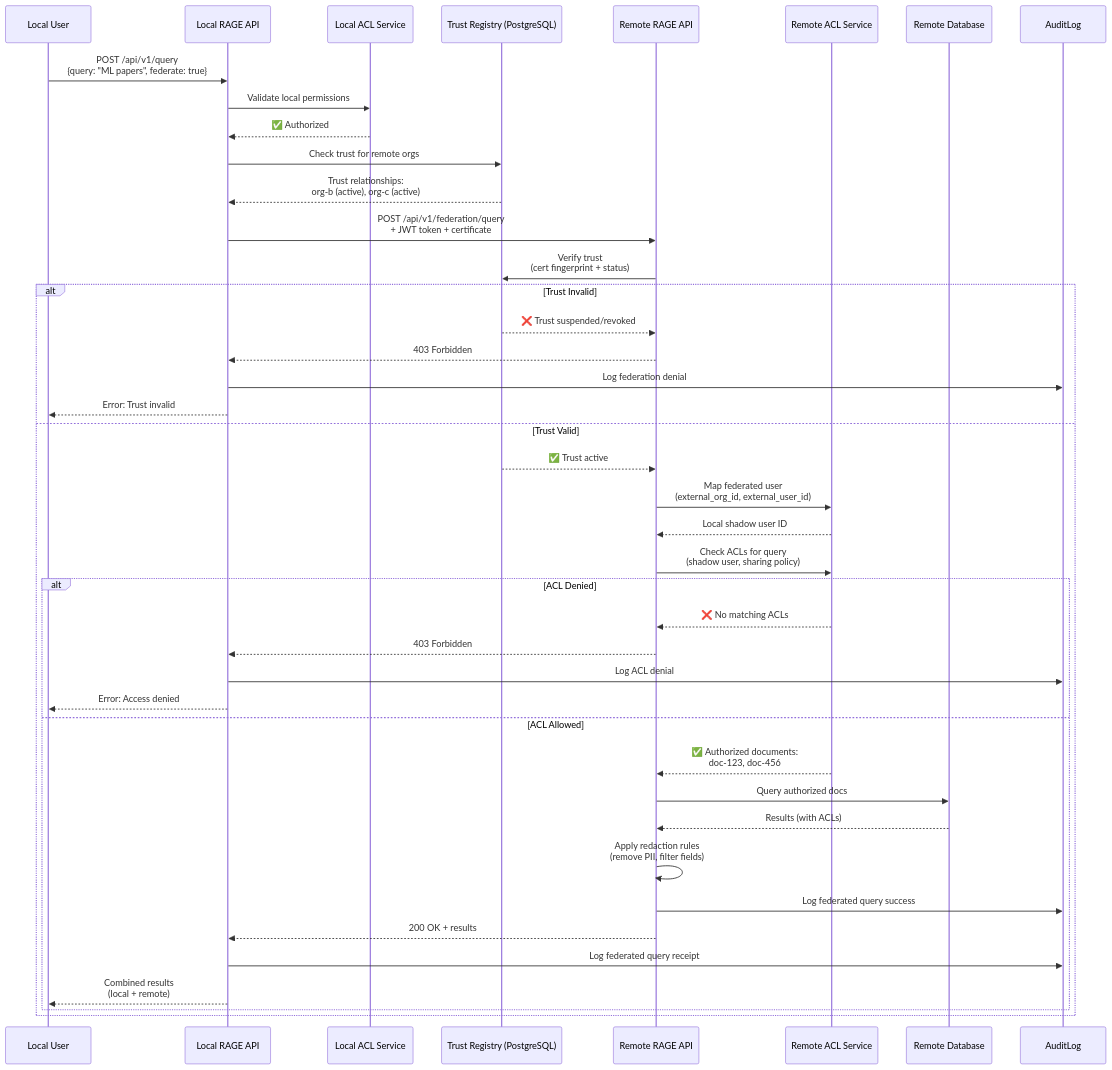
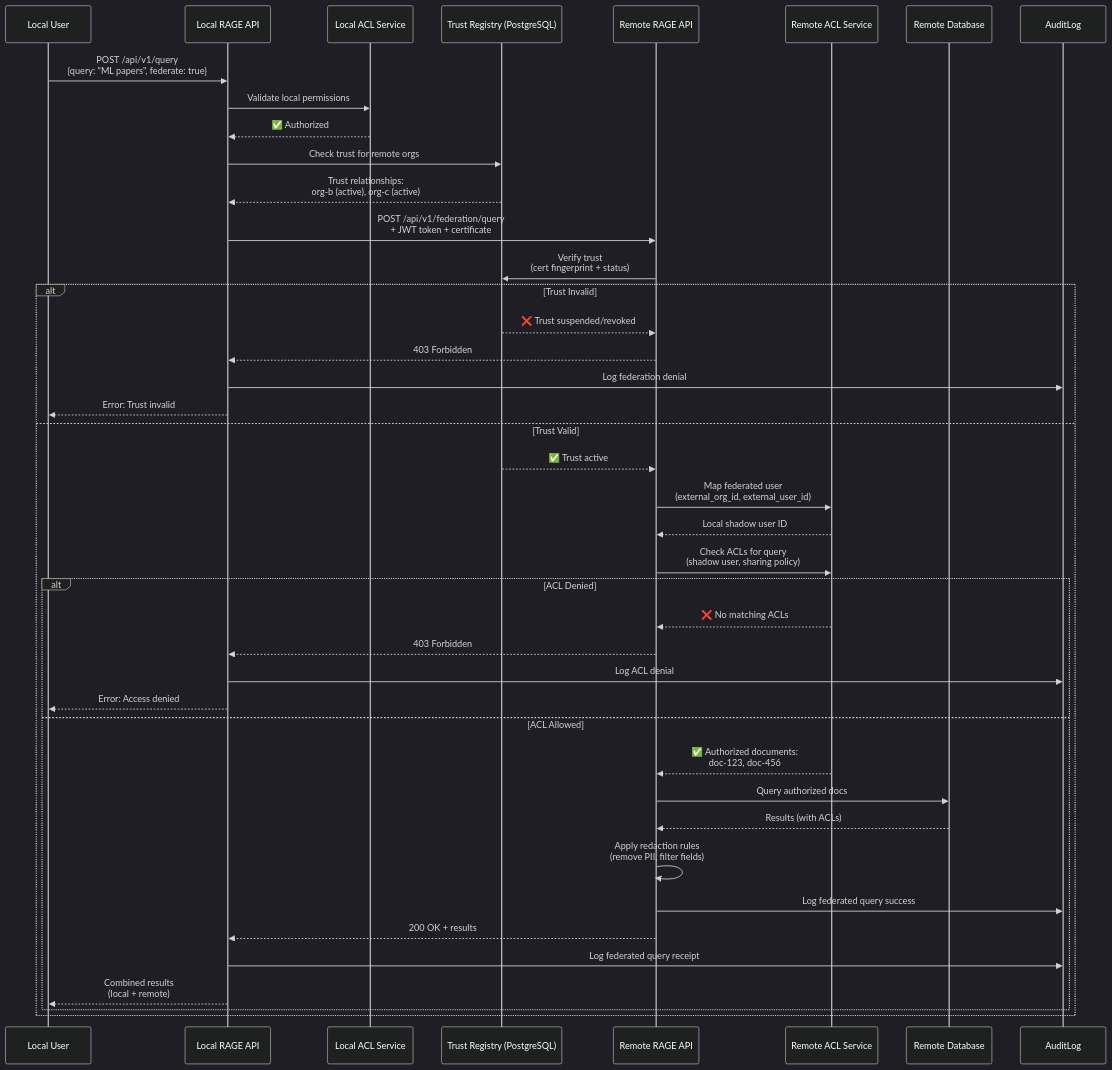
One commit to veics/rage_pitch changed the eighth of 11 diagrams in docs/SECURITY_ACL.md. Above: the diagram before and after it, drawn with Mermaid. The commit also changed other lines of this file and 8 other files, not shown here.

````diff
--- a/docs/SECURITY_ACL.md
+++ b/docs/SECURITY_ACL.md
@@ -1182,56 +1182,57 @@
 ```mermaid
+%%{init: {'theme':'dark', 'flowchart': {'nodeSpacing': 30, 'rankSpacing': 40, 'curve': 'basis'}, 'themeVariables': {'actorTextColor':'#fff', 'noteBkgColor':'#1a237e', 'noteTextColor':'#fff'}}}%%
 sequenceDiagram
     participant LocalUser as Local User
     participant LocalAPI as Local RAGE API
     participant LocalACL as Local ACL Service
     participant TrustRegistry as Trust Registry (PostgreSQL)
     participant RemoteAPI as Remote RAGE API
     participant RemoteACL as Remote ACL Service
     participant RemoteDB as Remote Database
 
     LocalUser->>LocalAPI: POST /api/v1/query<br/>{query: "ML papers", federate: true}
     
     LocalAPI->>LocalACL: Validate local permissions
     LocalACL-->>LocalAPI: ✅ Authorized
     
     LocalAPI->>TrustRegistry: Check trust for remote orgs
     TrustRegistry-->>LocalAPI: Trust relationships:<br/>org-b (active), org-c (active)
     
     LocalAPI->>RemoteAPI: POST /api/v1/federation/query<br/>+ JWT token + certificate
     
     RemoteAPI->>TrustRegistry: Verify trust<br/>(cert fingerprint + status)
     
     alt Trust Invalid
         TrustRegistry-->>RemoteAPI: ❌ Trust suspended/revoked
         RemoteAPI-->>LocalAPI: 403 Forbidden
         LocalAPI->>AuditLog: Log federation denial
         LocalAPI-->>LocalUser: Error: Trust invalid
     else Trust Valid
         TrustRegistry-->>RemoteAPI: ✅ Trust active
         
         RemoteAPI->>RemoteACL: Map federated user<br/>(external_org_id, external_user_id)
         RemoteACL-->>RemoteAPI: Local shadow user ID
         
         RemoteAPI->>RemoteACL: Check ACLs for query<br/>(shadow user, sharing policy)
         
         alt ACL Denied
             RemoteACL-->>RemoteAPI: ❌ No matching ACLs
             RemoteAPI-->>LocalAPI: 403 Forbidden
             LocalAPI->>AuditLog: Log ACL denial
             LocalAPI-->>LocalUser: Error: Access denied
         else ACL Allowed
             RemoteACL-->>RemoteAPI: ✅ Authorized documents:<br/>doc-123, doc-456
             
             RemoteAPI->>RemoteDB: Query authorized docs
             RemoteDB-->>RemoteAPI: Results (with ACLs)
             
             RemoteAPI->>RemoteAPI: Apply redaction rules<br/>(remove PII, filter fields)
             
             RemoteAPI->>AuditLog: Log federated query success
             RemoteAPI-->>LocalAPI: 200 OK + results
             
             LocalAPI->>AuditLog: Log federated query receipt
             LocalAPI-->>LocalUser: Combined results<br/>(local + remote)
         end
     end
 ```
````
